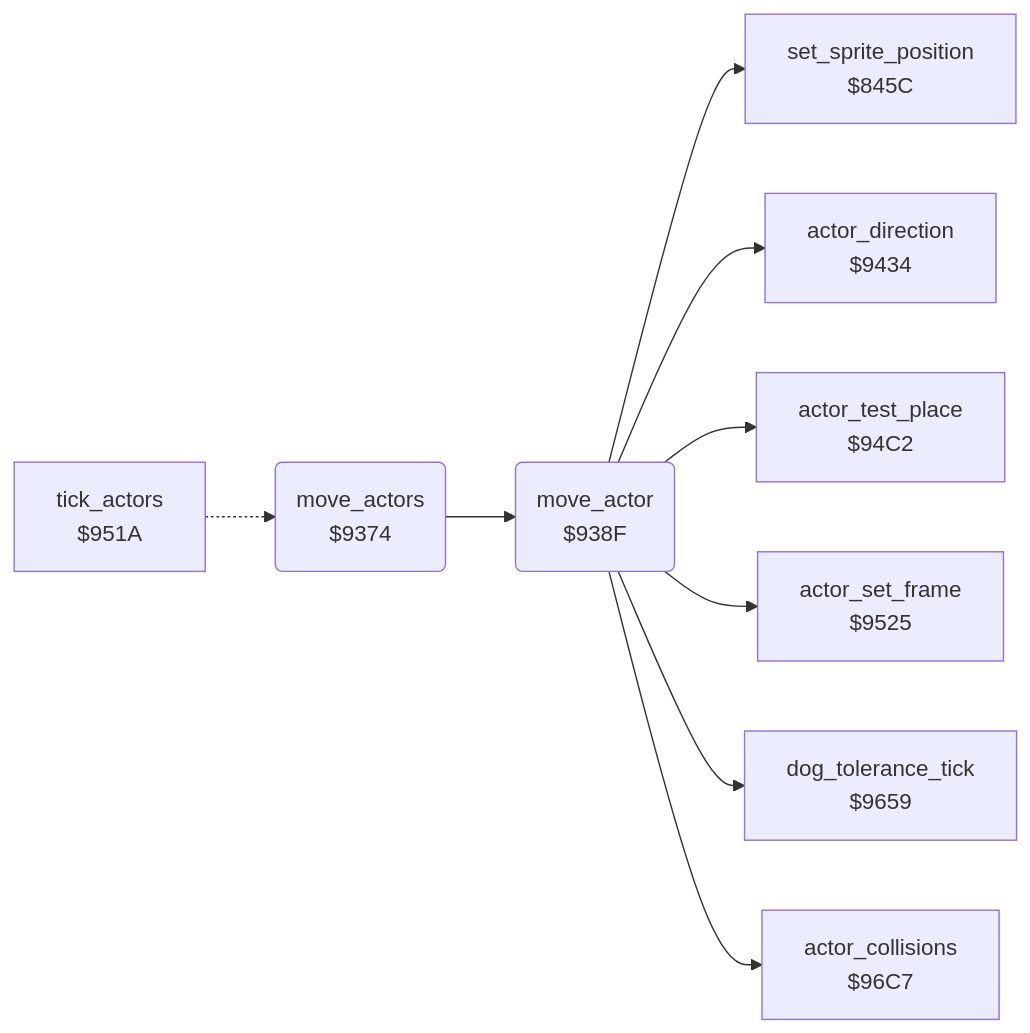
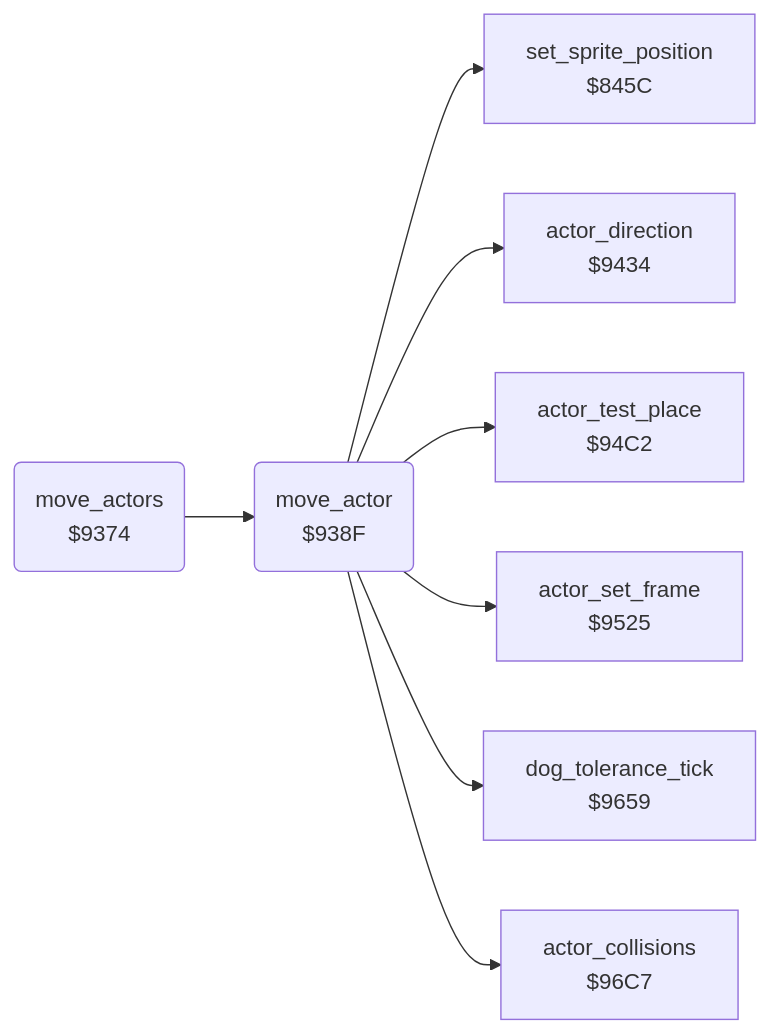
One commit to henols/c64_games changed the diagram in hover_bovver/docs/reference/modules/actors/actor_move.md. Above: the diagram before and after it, drawn with Mermaid. The commit also changed other lines of this file and 1100 other files, not shown here.

````diff
--- a/hover_bovver/docs/reference/modules/actors/actor_move.md
+++ b/hover_bovver/docs/reference/modules/actors/actor_move.md
@@ -10,20 +17,18 @@
 ```mermaid
 flowchart LR
   n845c["set_sprite_position<br/>$845C"]
   n9374("move_actors<br/>$9374")
   n938f("move_actor<br/>$938F")
   n9434["actor_direction<br/>$9434"]
   n94c2["actor_test_place<br/>$94C2"]
-  n951a["tick_actors<br/>$951A"]
   n9525["actor_set_frame<br/>$9525"]
   n9659["dog_tolerance_tick<br/>$9659"]
   n96c7["actor_collisions<br/>$96C7"]
   n9374 --> n938f
   n938f --> n845c
   n938f --> n9434
   n938f --> n94c2
   n938f --> n9525
   n938f --> n9659
   n938f --> n96c7
-  n951a -.-> n9374
 ```
````
